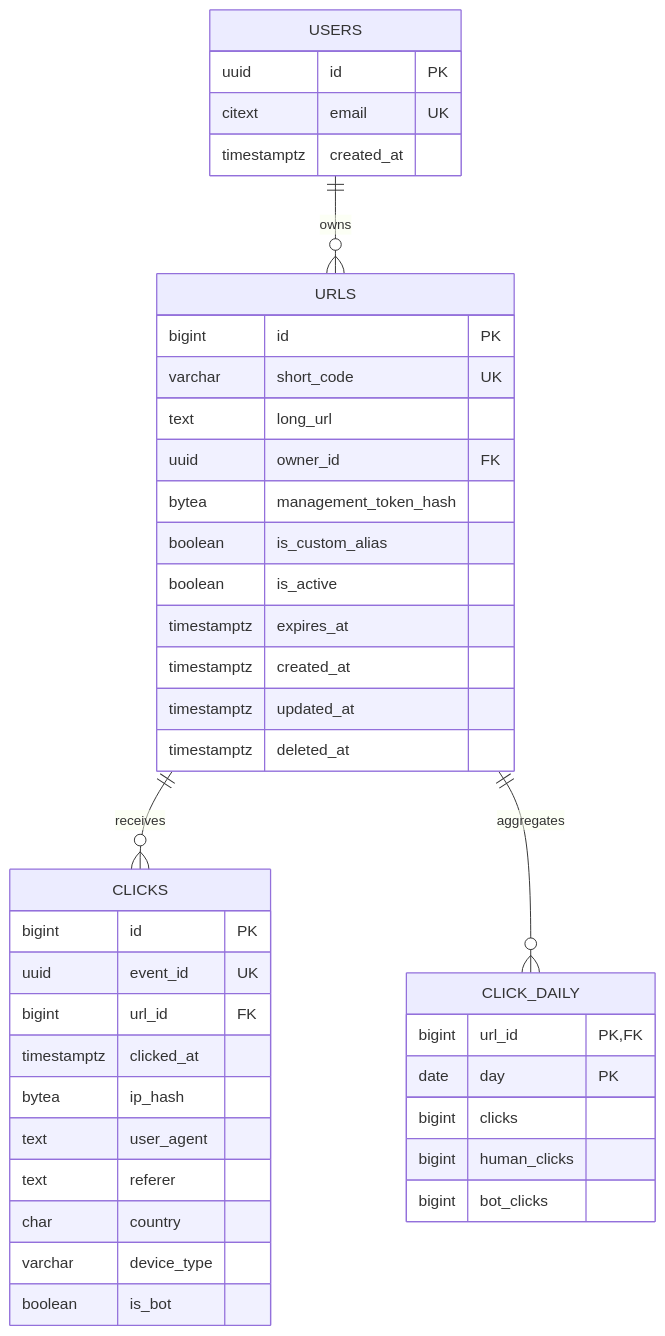
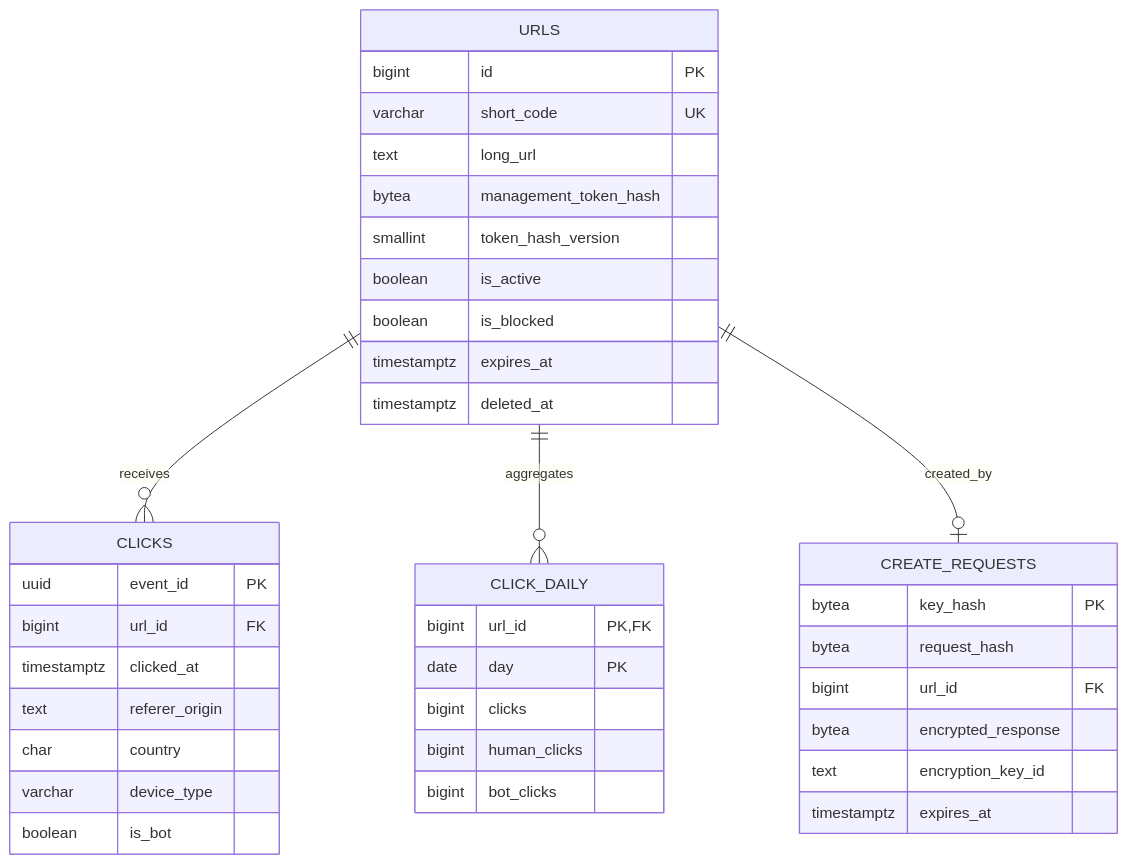
Before and after one commit to sarankumar1325/url-shortner: the diagram in docs/backend/data-model.md, drawn with Mermaid. The commit also changed other lines of this file and 20 other files, not shown here.

````diff
--- a/docs/backend/data-model.md
+++ b/docs/backend/data-model.md
@@ -7,44 +7,41 @@
 ```mermaid
 erDiagram
-    USERS ||--o{ URLS : owns
     URLS ||--o{ CLICKS : receives
     URLS ||--o{ CLICK_DAILY : aggregates
-
-    USERS {
-        uuid id PK
-        citext email UK
-        timestamptz created_at
-    }
+    URLS ||--o| CREATE_REQUESTS : created_by
     URLS {
         bigint id PK
         varchar short_code UK
         text long_url
-        uuid owner_id FK
         bytea management_token_hash
-        boolean is_custom_alias
+        smallint token_hash_version
         boolean is_active
+        boolean is_blocked
         timestamptz expires_at
-        timestamptz created_at
-        timestamptz updated_at
         timestamptz deleted_at
     }
+    CREATE_REQUESTS {
+        bytea key_hash PK
+        bytea request_hash
+        bigint url_id FK
+        bytea encrypted_response
+        text encryption_key_id
+        timestamptz expires_at
+    }
     CLICKS {
-        bigint id PK
-        uuid event_id UK
+        uuid event_id PK
         bigint url_id FK
         timestamptz clicked_at
-        bytea ip_hash
-        text user_agent
-        text referer
+        text referer_origin
         char country
         varchar device_type
         boolean is_bot
     }
     CLICK_DAILY {
         bigint url_id PK,FK
         date day PK
         bigint clicks
         bigint human_clicks
         bigint bot_clicks
     }
 ```
````
